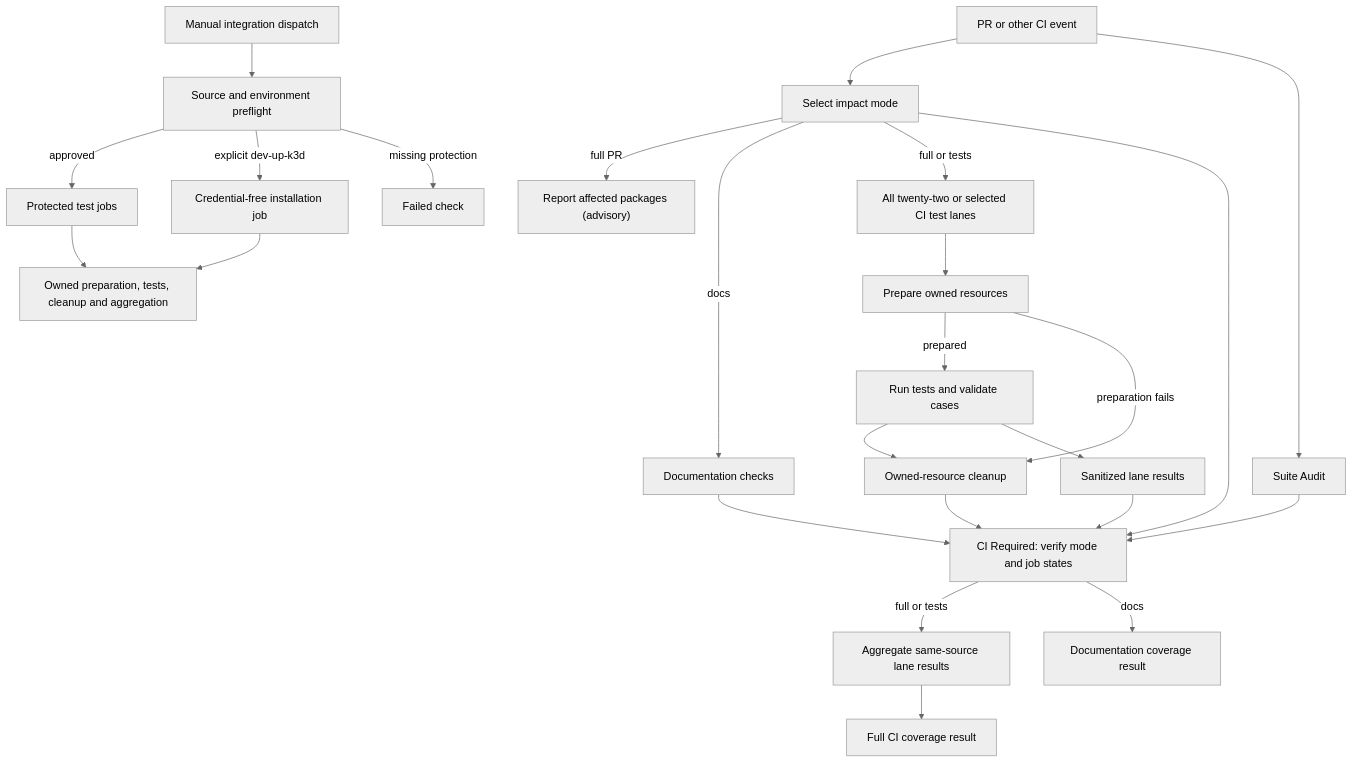
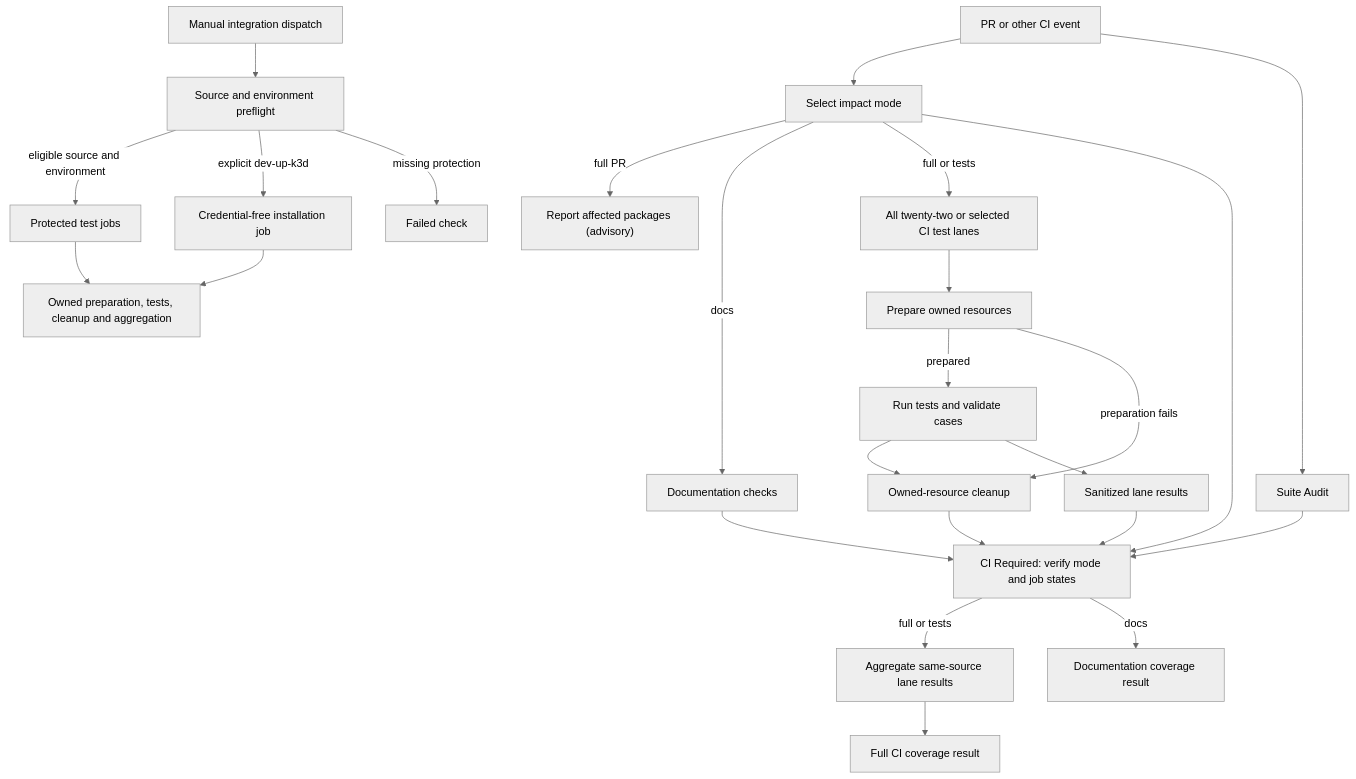
One commit to openclaw/openclaw-enterprise changed the diagram in docs/flows/github-actions-testing.md. Above: the diagram before and after it, drawn with Mermaid (neutral theme). The commit also changed other lines of this file and 4 other files, not shown here.

````diff
--- a/docs/flows/github-actions-testing.md
+++ b/docs/flows/github-actions-testing.md
@@ -21,27 +21,27 @@
 ```mermaid
 graph TD
   A["PR or other CI event"] --> S["Select impact mode"]
   A --> N["Suite Audit"]
   S -->|full PR| Q["Report affected packages (advisory)"]
   S -->|docs| D["Documentation checks"]
   S -->|full or tests| B["All twenty-two or selected CI test lanes"]
   B --> F["Prepare owned resources"]
   F -->|prepared| H["Run tests and validate cases"]
   F -->|preparation fails| J["Owned-resource cleanup"]
   H --> J
   H --> K["Sanitized lane results"]
   J --> G["CI Required: verify mode and job states"]
   S --> G
   N --> G
   D --> G
   K --> G
   G -->|full or tests| L["Aggregate same-source lane results"]
   G -->|docs| M["Documentation coverage result"]
   L --> R["Full CI coverage result"]
   C["Manual integration dispatch"] --> P["Source and environment preflight"]
-  P -->|approved| E["Protected test jobs"]
+  P -->|eligible source and environment| E["Protected test jobs"]
   P -->|explicit dev-up-k3d| U["Credential-free installation job"]
   U --> T
   P -->|missing protection| X["Failed check"]
   E --> T["Owned preparation, tests, cleanup and aggregation"]
 ```
````
